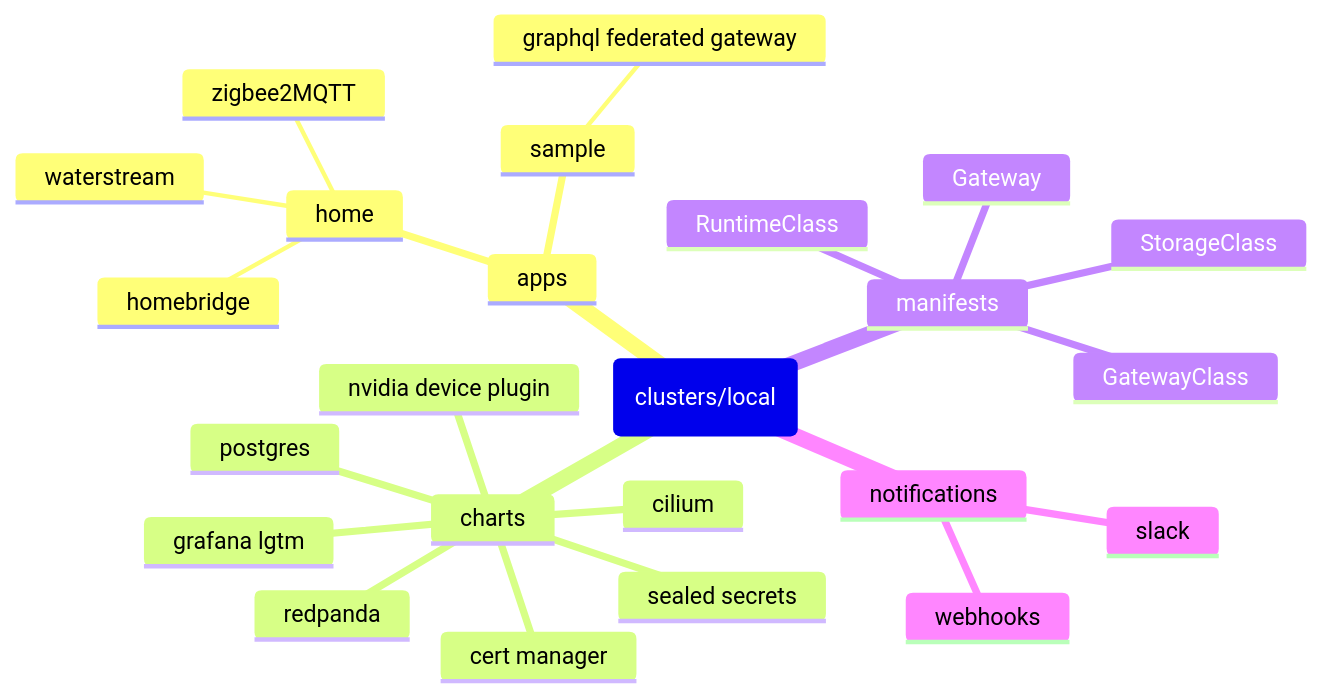
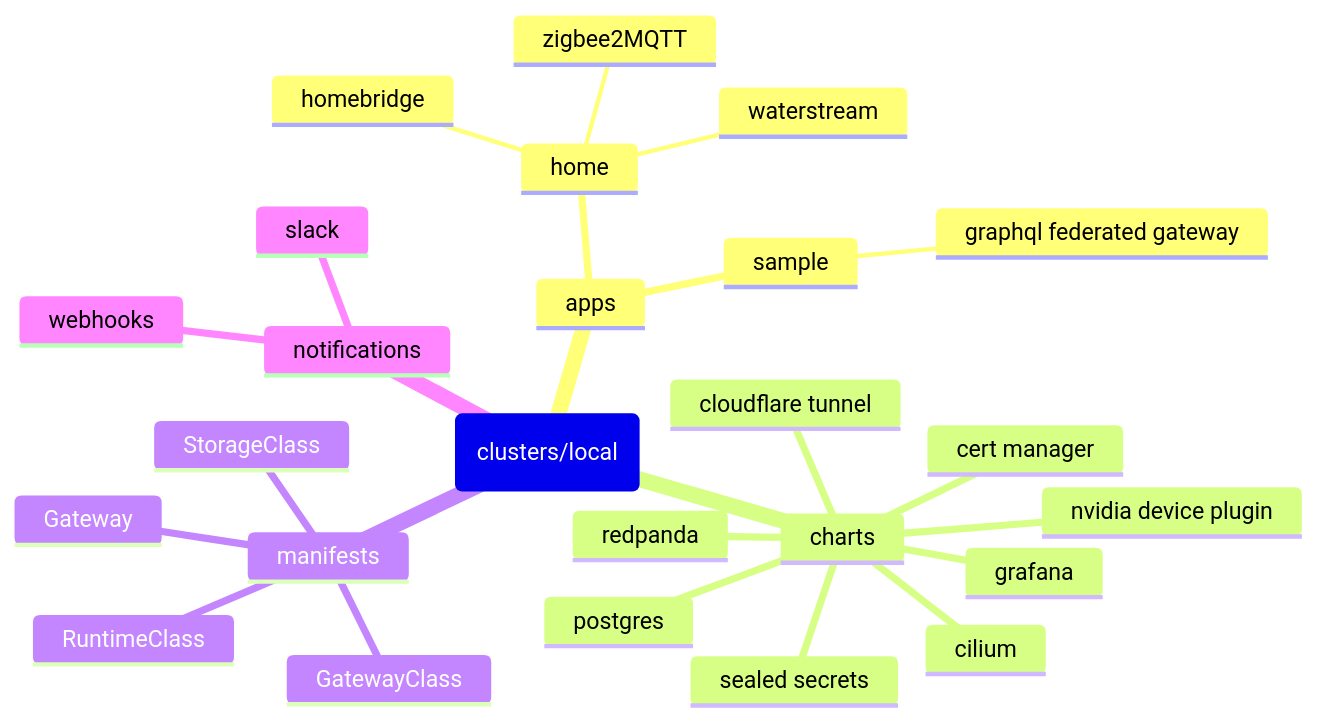
The diagram in README.md (dudo/turing-pi), drawn with Mermaid before and after one commit. The commit also changed 1 other file, not shown here.

````diff
--- a/README.md
+++ b/README.md
@@ -13,27 +13,28 @@
 ```mermaid
 mindmap
   root(clusters/local)
     apps
       home
         homebridge
         waterstream
         zigbee2MQTT
       sample
         graphql federated gateway
     charts
       cert manager
       cilium
-      grafana lgtm
+      cloudflare tunnel
+      grafana
       nvidia device plugin
       postgres
       redpanda
       sealed secrets
     manifests
       GatewayClass
       Gateway
       RuntimeClass
       StorageClass
     notifications
       slack
       webhooks
 ```
````
